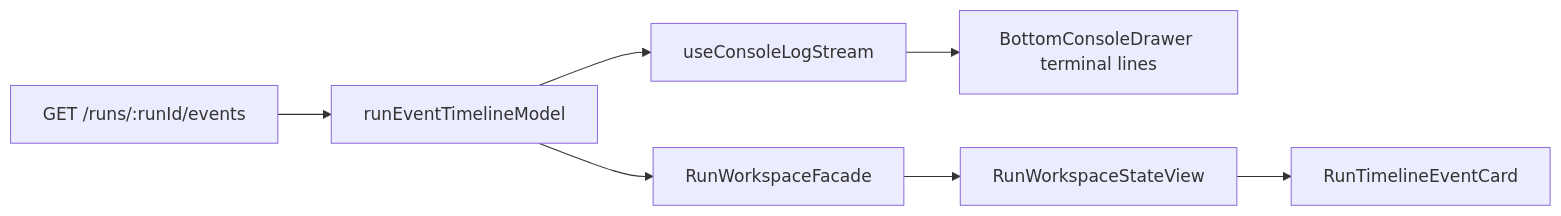
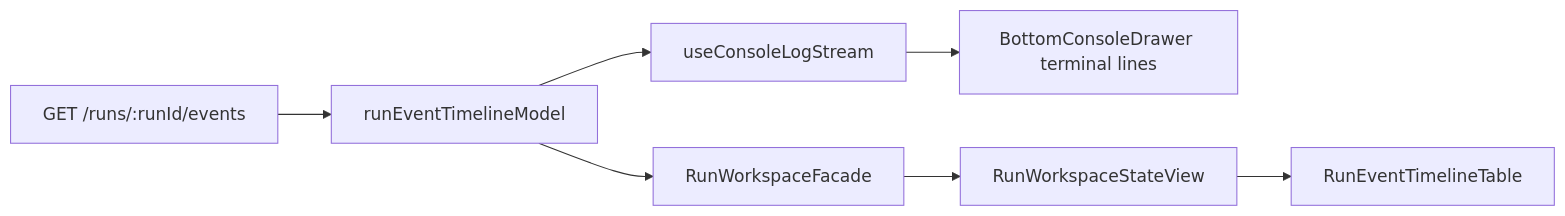
One commit to dunay2/dvt changed the third of 3 diagrams in docs/architecture/components/web/runs/dvt-runs-frontend-architecture.md. Above: the diagram before and after it, drawn with Mermaid. The commit also changed other lines of this file and 27 other files, not shown here.

````diff
--- a/docs/architecture/components/web/runs/dvt-runs-frontend-architecture.md
+++ b/docs/architecture/components/web/runs/dvt-runs-frontend-architecture.md
@@ -168,9 +168,9 @@
 ```mermaid
 flowchart LR
   Events["GET /runs/:runId/events"] --> TimelineModel["runEventTimelineModel"]
   TimelineModel --> Console["useConsoleLogStream"]
   TimelineModel --> Facade["RunWorkspaceFacade"]
   Console --> Terminal["BottomConsoleDrawer terminal lines"]
   Facade --> Workspace["RunWorkspaceStateView"]
-  Workspace --> Card["RunTimelineEventCard"]
+  Workspace --> Table["RunEventTimelineTable"]
 ```
````
